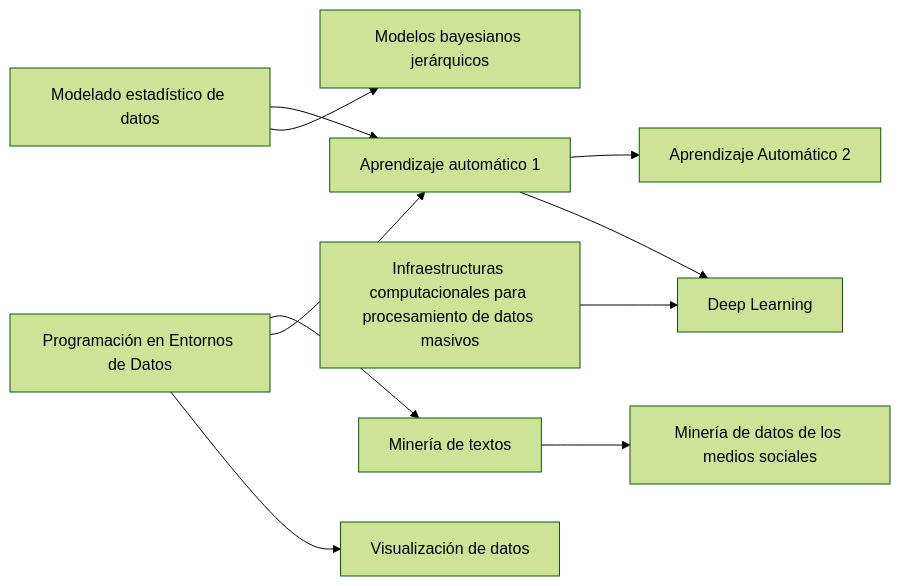
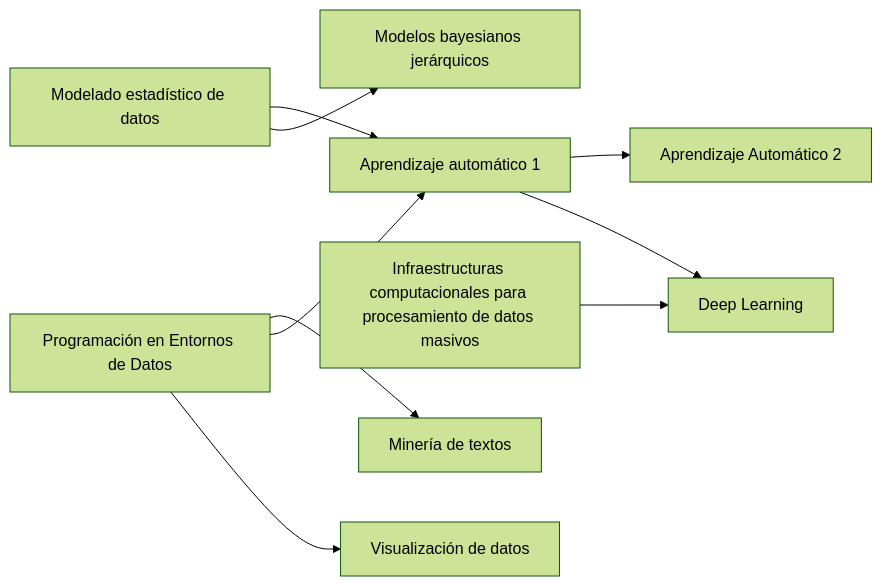
One commit to pmgallardo/apuntes-muicd-uned changed the diagram in master/README.md. Above: the diagram before and after it, drawn with Mermaid (forest theme). The commit also changed other lines of this file and 2 other files, not shown here.

````diff
--- a/master/README.md
+++ b/master/README.md
@@ -47,12 +47,11 @@
 ```mermaid
 graph LR
    31110018[Modelado estadístico de datos] --> 31110037[Aprendizaje automático 1]
    31110018 --> 31110094[Modelos bayesianos jerárquicos]
    31110022[Programación en Entornos de Datos] --> 31110041[Minería de textos]
    31110022 --> 31110037
    31110022 --> 31110060[Visualización de datos]
    31110037 --> 31110130[Aprendizaje Automático 2]
    31110037 --> 31110111[Deep Learning]
    31110056[Infraestructuras computacionales para procesamiento de datos masivos] --> 31110111
-   31110041 --> 31110107[Minería de datos de los medios sociales]
 ```
````
